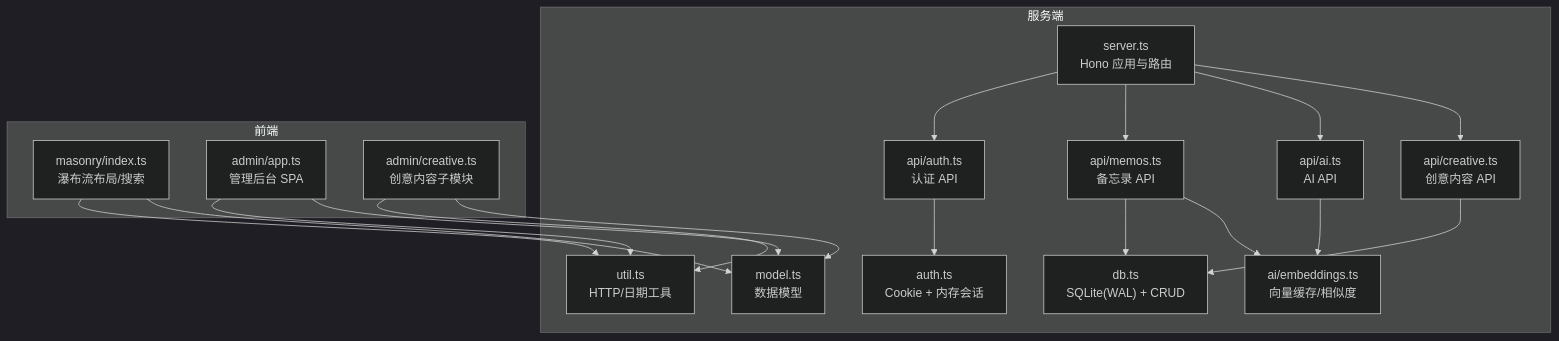
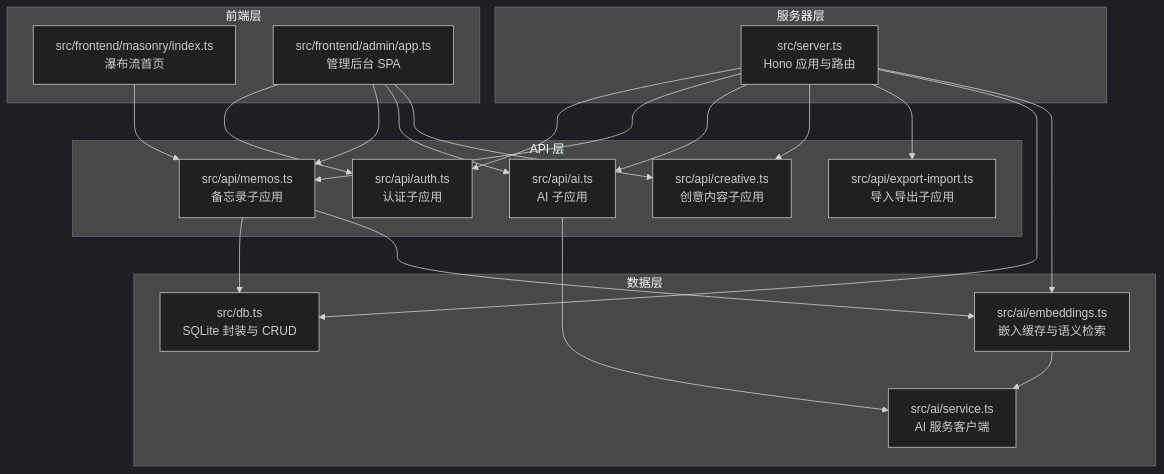
The first of 9 diagrams in .qoder/repowiki/zh/content/架构设计/架构设计.md (BlackBoxRecorder/memos), drawn with Mermaid (dark theme) before and after one commit. The commit also changed other lines of this file and 83 other files, not shown here.

````diff
--- a/.qoder/repowiki/zh/content/架构设计/架构设计.md
+++ b/.qoder/repowiki/zh/content/架构设计/架构设计.md
@@ -48,35 +44,38 @@
 ```mermaid
 graph TB
-subgraph "服务端"
-S["server.ts<br/>Hono 应用与路由"]
-AAuth["api/auth.ts<br/>认证 API"]
-AMemos["api/memos.ts<br/>备忘录 API"]
-AAI["api/ai.ts<br/>AI API"]
-ACreative["api/creative.ts<br/>创意内容 API"]
-Auth["auth.ts<br/>Cookie + 内存会话"]
-DB["db.ts<br/>SQLite(WAL) + CRUD"]
-Util["util.ts<br/>HTTP/日期工具"]
-Model["model.ts<br/>数据模型"]
-Embed["ai/embeddings.ts<br/>向量缓存/相似度"]
+subgraph "服务器层"
+S["src/server.ts<br/>Hono 应用与路由"]
 end
-subgraph "前端"
-Masonry["masonry/index.ts<br/>瀑布流布局/搜索"]
-Admin["admin/app.ts<br/>管理后台 SPA"]
-Creative["admin/creative.ts<br/>创意内容子模块"]
+subgraph "API 层"
+AAuth["src/api/auth.ts<br/>认证子应用"]
+AMemos["src/api/memos.ts<br/>备忘录子应用"]
+AAI["src/api/ai.ts<br/>AI 子应用"]
+ACreative["src/api/creative.ts<br/>创意内容子应用"]
+AExpImp["src/api/export-import.ts<br/>导入导出子应用"]
+end
+subgraph "数据层"
+DB["src/db.ts<br/>SQLite 封装与 CRUD"]
+EMB["src/ai/embeddings.ts<br/>嵌入缓存与语义检索"]
+SVC["src/ai/service.ts<br/>AI 服务客户端"]
+end
+subgraph "前端层"
+MASONRY["src/frontend/masonry/index.ts<br/>瀑布流首页"]
+ADMIN["src/frontend/admin/app.ts<br/>管理后台 SPA"]
 end
 S --> AAuth
 S --> AMemos
 S --> AAI
 S --> ACreative
-AAuth --> Auth
+S --> AExpImp
+S --> DB
+S --> EMB
 AMemos --> DB
-AMemos --> Embed
-AAI --> Embed
-ACreative --> DB
-Admin --> Util
-Admin --> Model
-Creative --> Util
-Creative --> Model
-Masonry --> Util
-Masonry --> Model
+AMemos --> EMB
+AAI --> SVC
+EMB --> SVC
+MASONRY --> AMemos
+ADMIN --> AAuth
+ADMIN --> AMemos
+ADMIN --> AAI
+ADMIN --> ACreative
 ```
````
